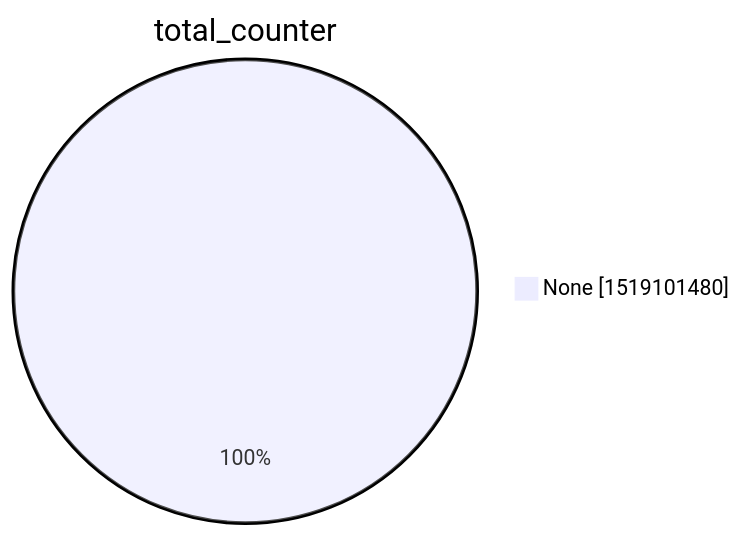
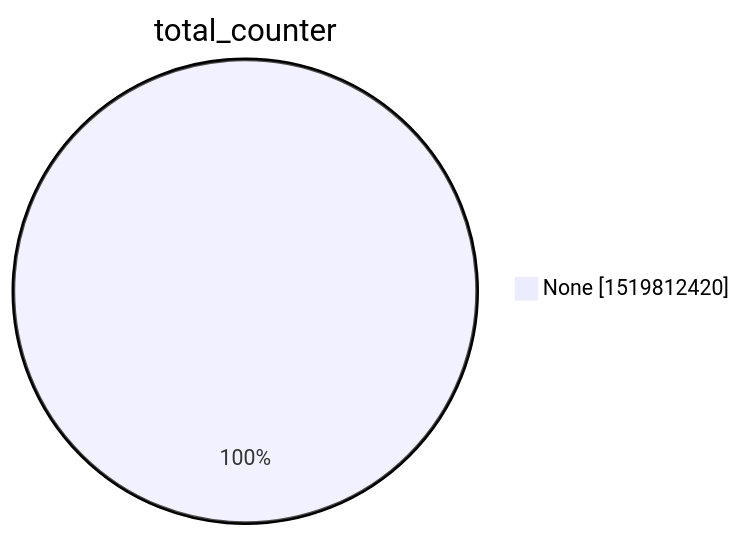
Before and after one commit to christiankrug/ctmonitor_visualization: the second of 15 diagrams in xenon2022/README.md, drawn with Mermaid. The commit also changed other lines of this file, not shown here.

````diff
--- a/xenon2022/README.md
+++ b/xenon2022/README.md
@@ -9,5 +9,5 @@
 ```mermaid
 pie showData
 title total_counter
-"None" :1519101480
+"None" :1519812420
 ```
````
